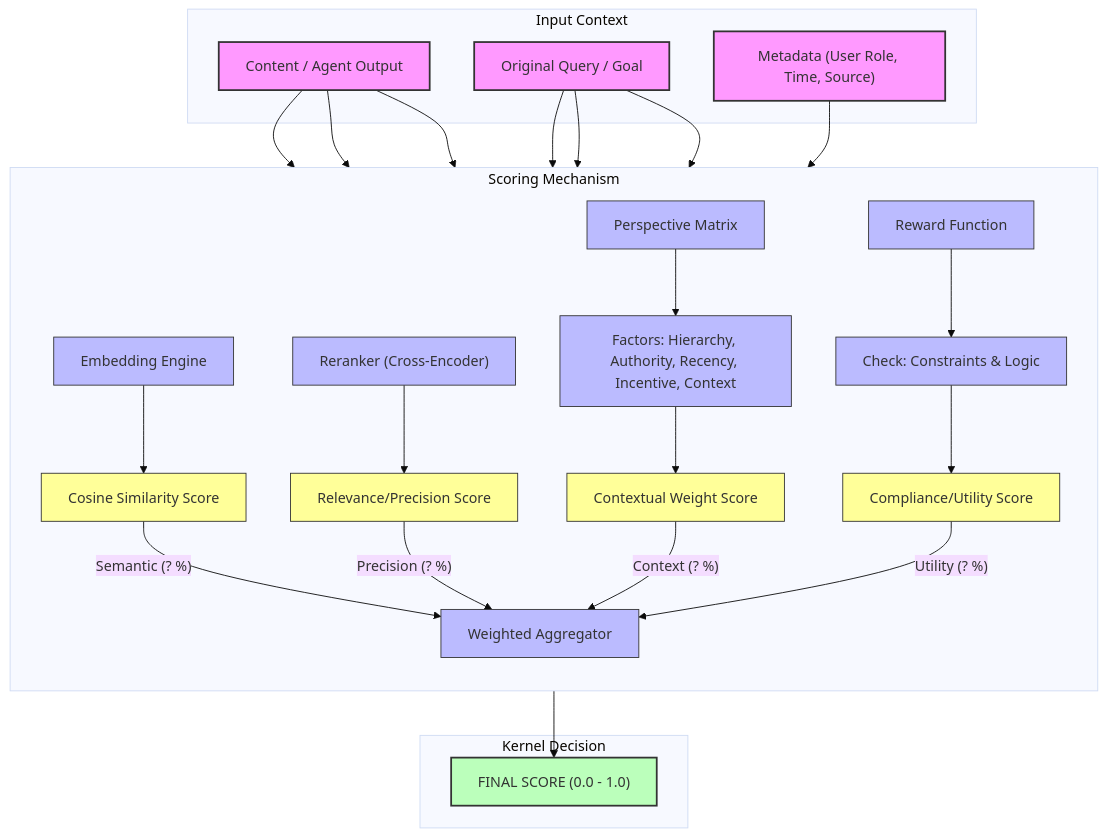
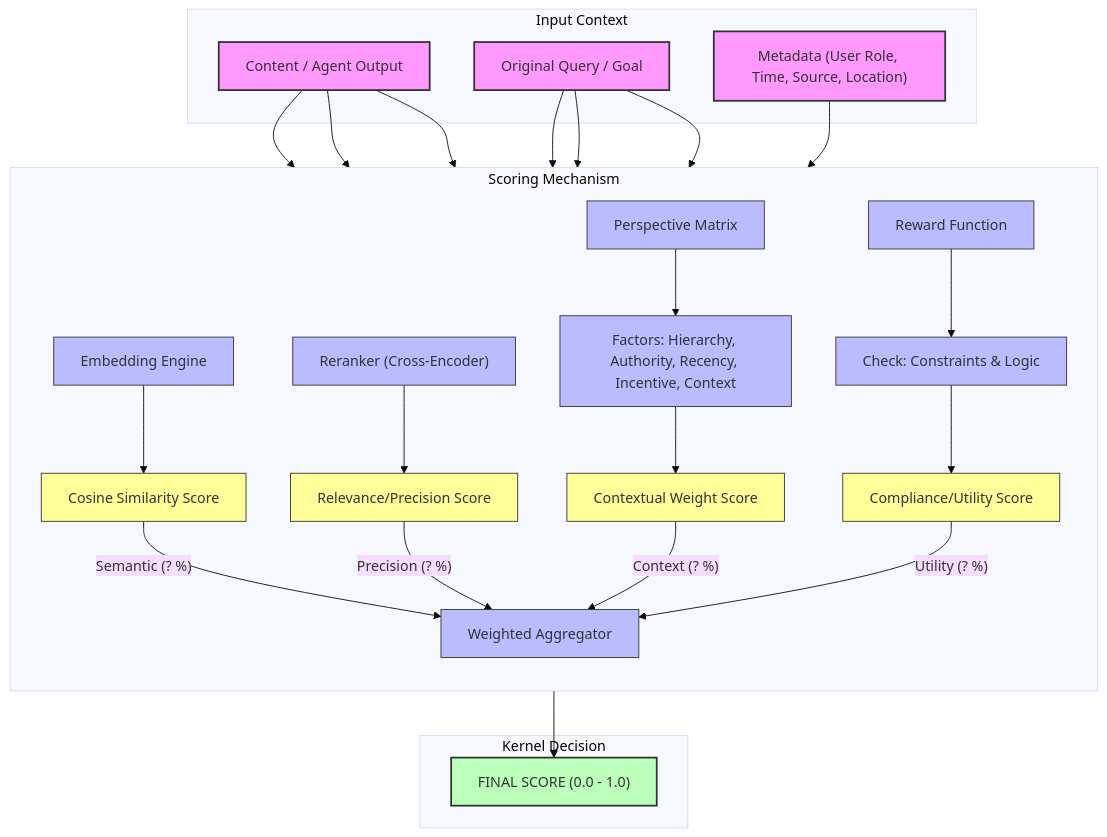
The diagram in redesign/scoring.md (azzindani/Kea), drawn with Mermaid (base theme) before and after one commit.

Commit message:
Add 'Location' to metadata in scoring.md
Updated metadata to include 'Location' in scoring context.

````diff
--- a/redesign/scoring.md
+++ b/redesign/scoring.md
@@ -1,76 +1,76 @@
 ```mermaid
 ---
 config:
   layout: dagre
 ---
 flowchart TB
  subgraph sInput["Input Context"]
         nInput["Content / Agent Output"]
         nQuery["Original Query / Goal"]
-        nMeta["Metadata (User Role, Time, Source)"]
+        nMeta["Metadata (User Role, Time, Source, Location)"]
   end
 
  subgraph s2["Scoring Mechanism"]
         direction TB
         
         %% 1. Semantic Path
         n15["Embedding Engine"]
         nScoreVector["Cosine Similarity Score"]
 
         %% 2. Precision Path
         n16["Reranker (Cross-Encoder)"]
         nScoreRelevance["Relevance/Precision Score"]
 
         %% 3. Context Path (Perspective)
         n18["Perspective Matrix"]
         nPerspFactors["Factors: Hierarchy, Authority, Recency, Incentive, Context"]
         nScorePersp["Contextual Weight Score"]
 
         %% 4. Objective Path (Reward)
         n17["Reward Function"]
         nConstraints["Check: Constraints & Logic"]
         nScoreReward["Compliance/Utility Score"]
 
         %% Aggregation
         nAggregator["Weighted Aggregator"]
   end
 
  subgraph sOutput["Kernel Decision"]
         nFinalScore["FINAL SCORE (0.0 - 1.0)"]
   end
 
     %% Wiring Inputs to Scorers
     nInput & nQuery --> n15
     n15 --> nScoreVector
 
     nInput & nQuery --> n16
     n16 --> nScoreRelevance
 
     nMeta --> n18
     n18 --> nPerspFactors
     nPerspFactors --> nScorePersp
 
     nInput & nQuery --> n17
     n17 --> nConstraints
     nConstraints --> nScoreReward
 
     %% Aggregation Wiring
     nScoreVector -- "Semantic (? %)" --> nAggregator
     nScoreRelevance -- "Precision (? %)" --> nAggregator
     nScorePersp -- "Context (? %)" --> nAggregator
     nScoreReward -- "Utility (? %)" --> nAggregator
 
     %% Final Output
     nAggregator --> nFinalScore
 
     %% Styling
     classDef input fill:#f9f,stroke:#333,stroke-width:2px;
     classDef calc fill:#bbf,stroke:#333,stroke-width:1px;
     classDef score fill:#ff9,stroke:#333,stroke-width:1px;
     classDef final fill:#bfb,stroke:#333,stroke-width:2px;
 
     class nInput,nQuery,nMeta input;
     class n15,n16,n17,n18,nPerspFactors,nConstraints,nAggregator calc;
     class nScoreVector,nScoreRelevance,nScorePersp,nScoreReward score;
     class nFinalScore final;
 ```
````
